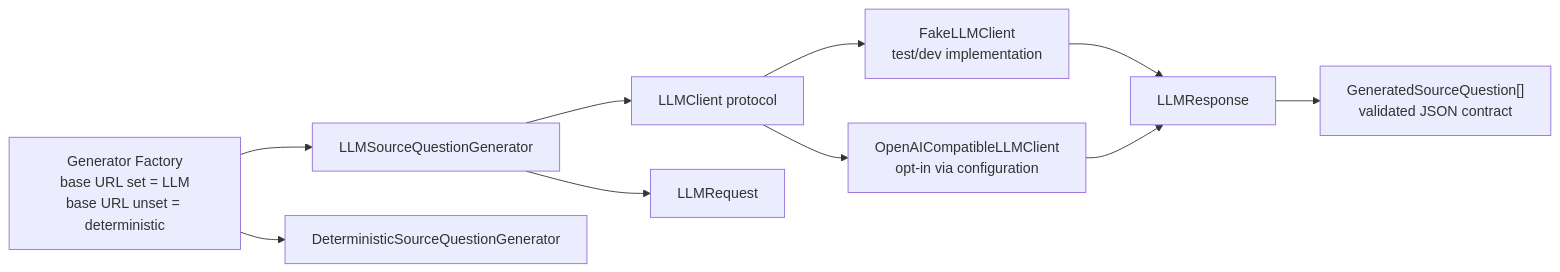
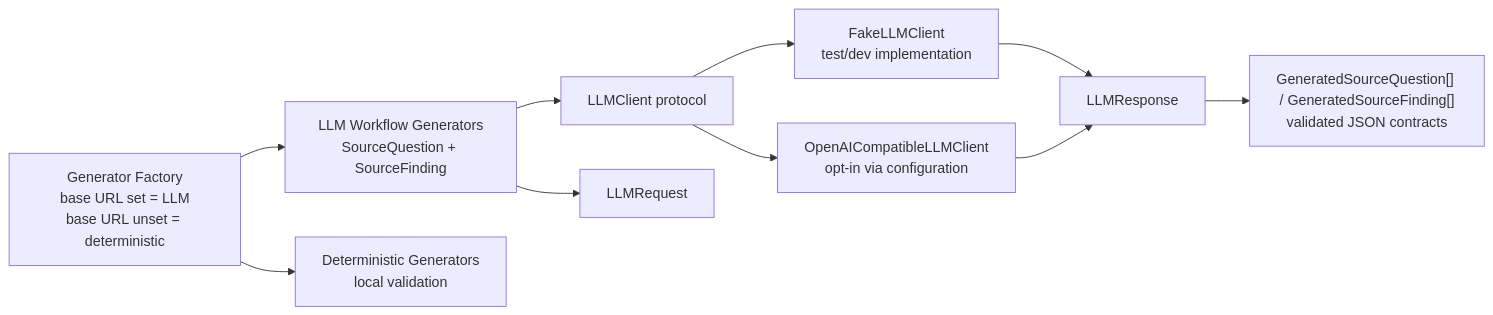
Before and after one commit to rsauers0/career-agent: the seventh of 8 diagrams in docs/diagrams.md, drawn with Mermaid. The commit also changed 4 other files, not shown here.

First line of the commit message:
docs: align workflow docs with finding generation

````diff
--- a/docs/diagrams.md
+++ b/docs/diagrams.md
@@ -202,22 +202,22 @@
 ```mermaid
 flowchart LR
-    WorkflowGenerator["LLMSourceQuestionGenerator"]
+    WorkflowGenerator["LLM Workflow Generators<br/>SourceQuestion + SourceFinding"]
     Factory["Generator Factory<br/>base URL set = LLM<br/>base URL unset = deterministic"]
-    Deterministic["DeterministicSourceQuestionGenerator"]
+    Deterministic["Deterministic Generators<br/>local validation"]
     LLMClient["LLMClient protocol"]
     FakeClient["FakeLLMClient<br/>test/dev implementation"]
     OpenAIClient["OpenAICompatibleLLMClient<br/>opt-in via configuration"]
     Request["LLMRequest"]
     Response["LLMResponse"]
-    Contract["GeneratedSourceQuestion[]<br/>validated JSON contract"]
+    Contract["GeneratedSourceQuestion[] / GeneratedSourceFinding[]<br/>validated JSON contracts"]
 
     Factory --> Deterministic
     Factory --> WorkflowGenerator
     WorkflowGenerator --> Request
     WorkflowGenerator --> LLMClient
     LLMClient --> FakeClient
     LLMClient --> OpenAIClient
     FakeClient --> Response
     OpenAIClient --> Response
     Response --> Contract
 ```
````
